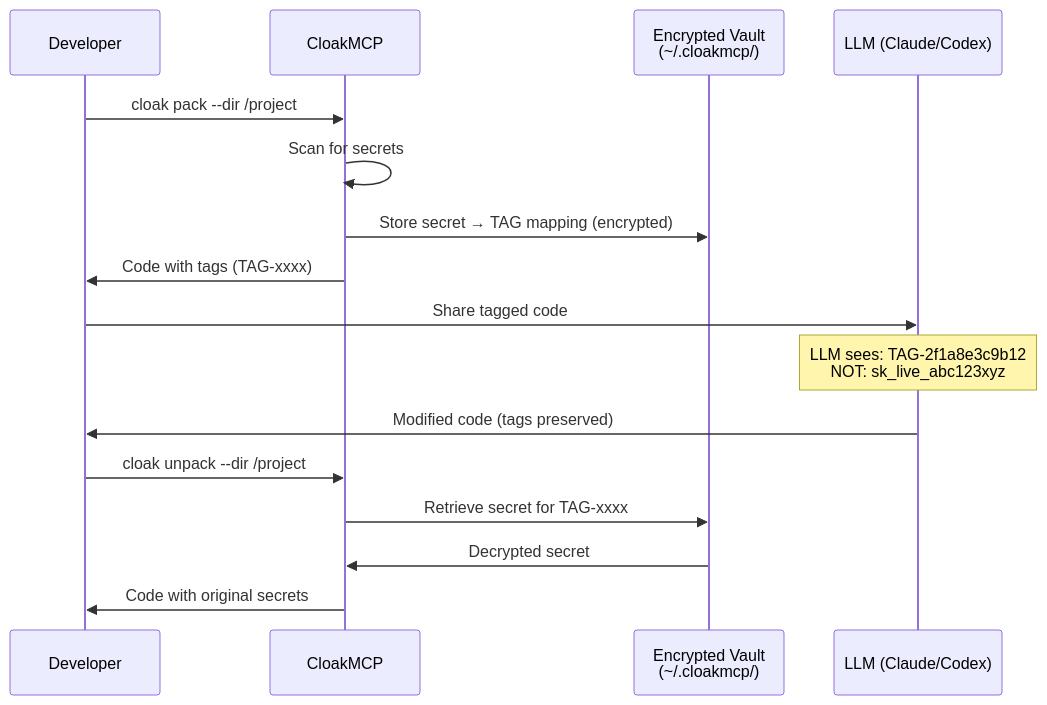
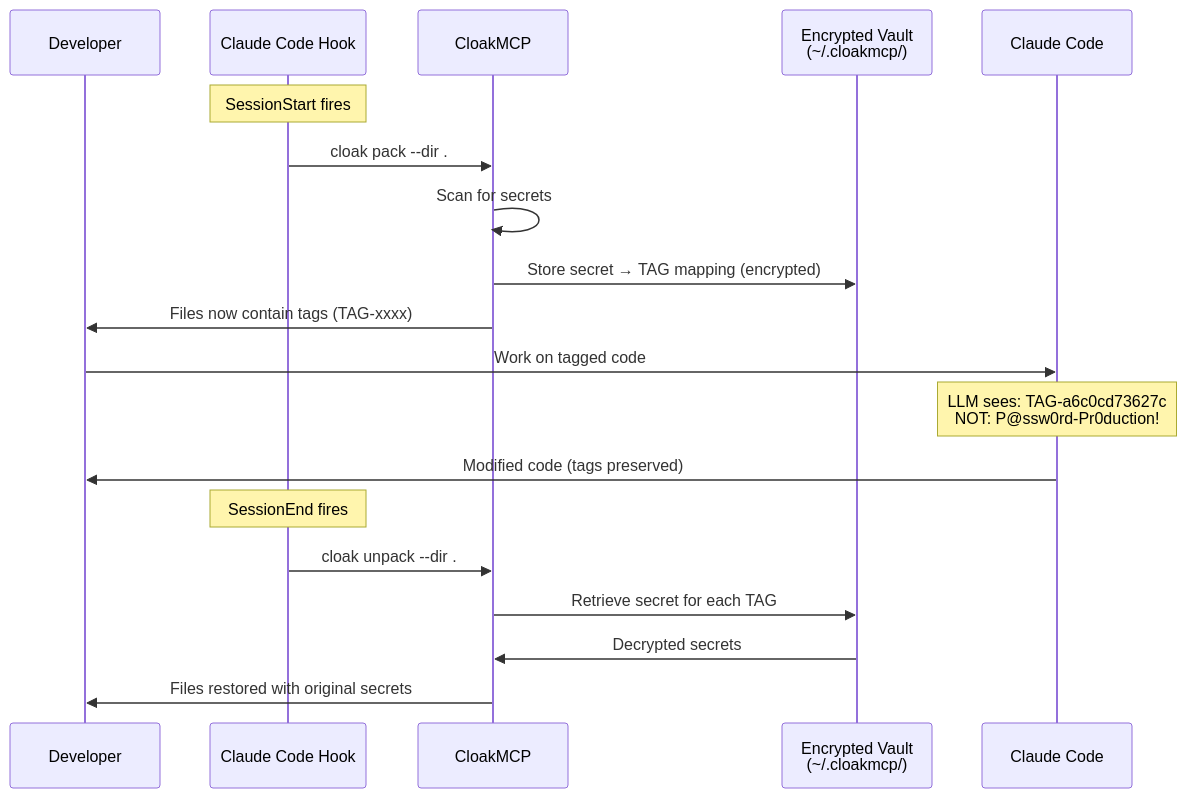
The second of 5 diagrams in README.md (ovitrac/CloakMCP), drawn with Mermaid before and after one commit. The commit also changed other lines of this file and 35 other files, not shown here.

First line of the commit message:
feat(v0.5.0): MCP server, Claude Code hooks, demo suite, package rename

````diff
--- a/README.md
+++ b/README.md
@@ -187,21 +338,24 @@
 ```mermaid
 sequenceDiagram
     participant Dev as Developer
+    participant Hook as Claude Code Hook
     participant MCP as CloakMCP
     participant Vault as Encrypted Vault<br/>(~/.cloakmcp/)
-    participant LLM as LLM (Claude/Codex)
+    participant LLM as Claude Code
 
-    Dev->>MCP: cloak pack --dir /project
+    Note over Hook: SessionStart fires
+    Hook->>MCP: cloak pack --dir .
     MCP->>MCP: Scan for secrets
     MCP->>Vault: Store secret → TAG mapping (encrypted)
-    MCP->>Dev: Code with tags (TAG-xxxx)
+    MCP->>Dev: Files now contain tags (TAG-xxxx)
 
-    Dev->>LLM: Share tagged code
-    Note over LLM: LLM sees: TAG-2f1a8e3c9b12<br/>NOT: sk_live_abc123xyz
+    Dev->>LLM: Work on tagged code
+    Note over LLM: LLM sees: TAG-a6c0cd73627c<br/>NOT: P@ssw0rd-Pr0duction!
 
     LLM->>Dev: Modified code (tags preserved)
-    Dev->>MCP: cloak unpack --dir /project
-    MCP->>Vault: Retrieve secret for TAG-xxxx
-    Vault->>MCP: Decrypted secret
-    MCP->>Dev: Code with original secrets
+    Note over Hook: SessionEnd fires
+    Hook->>MCP: cloak unpack --dir .
+    MCP->>Vault: Retrieve secret for each TAG
+    Vault->>MCP: Decrypted secrets
+    MCP->>Dev: Files restored with original secrets
 ```
````
